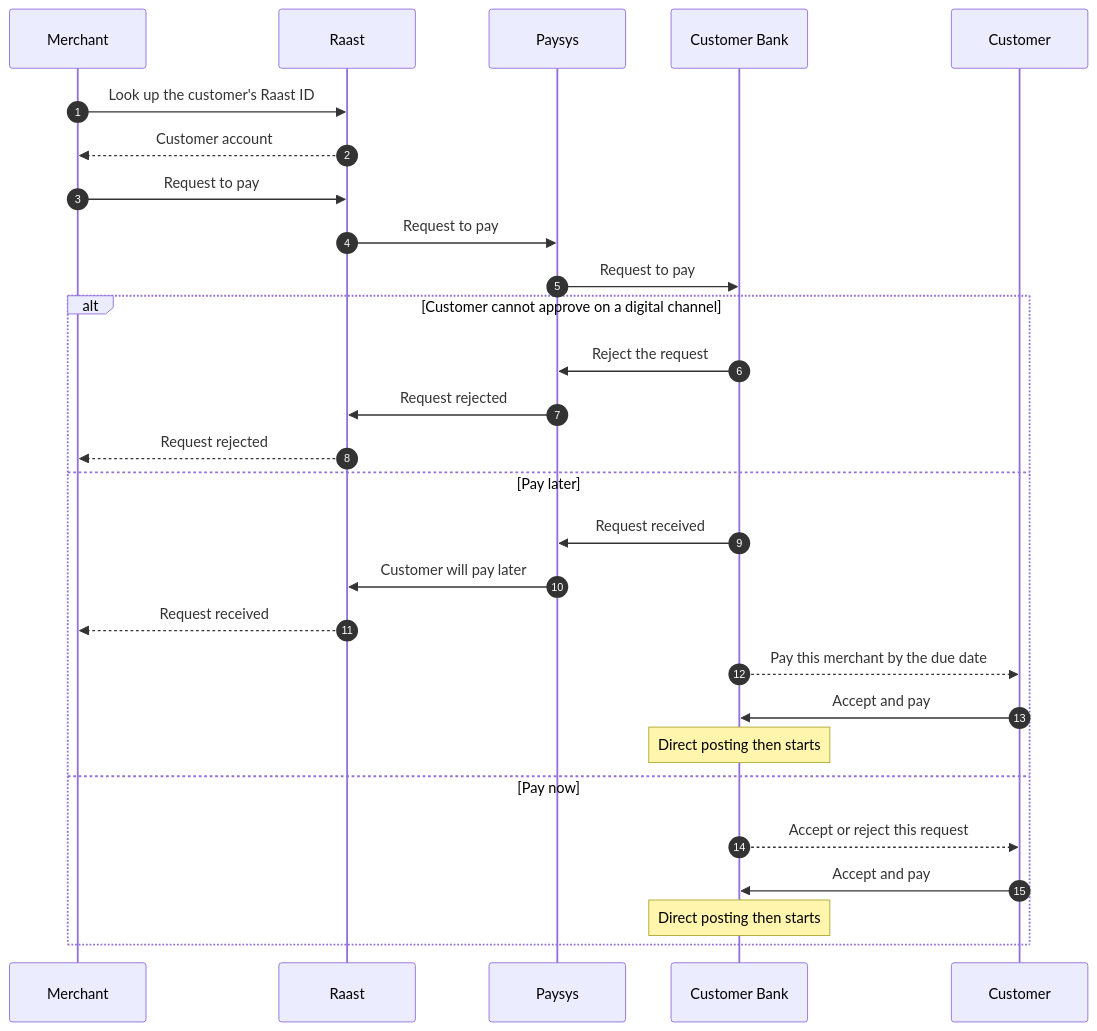
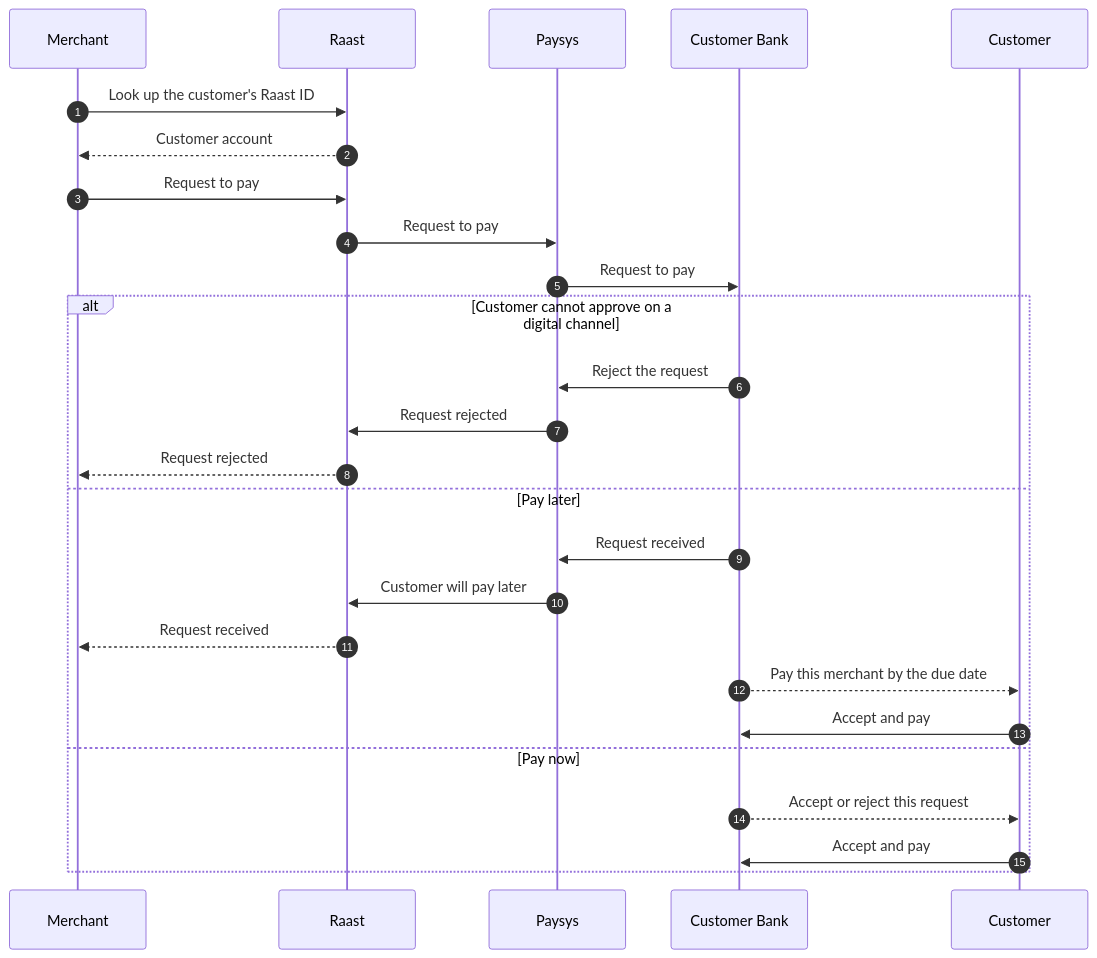
The sixth of 11 diagrams in modules/03-p2m-issuing/03_Raast_P2M_Issuing_Overview.md (HuzaifaTanzeel/raast-training-public), drawn with Mermaid before and after one commit. The commit also changed other lines of this file and 5 other files, not shown here.

````diff
--- a/modules/03-p2m-issuing/03_Raast_P2M_Issuing_Overview.md
+++ b/modules/03-p2m-issuing/03_Raast_P2M_Issuing_Overview.md
@@ -157,32 +206,30 @@
 ```mermaid
 sequenceDiagram
     autonumber
     participant M as Merchant
     participant R as Raast
     participant P as Paysys
     participant B as Customer Bank
     participant C as Customer
 
     M->>R: Look up the customer's Raast ID
     R-->>M: Customer account
     M->>R: Request to pay
     R->>P: Request to pay
     P->>B: Request to pay
 
     alt Customer cannot approve on a digital channel
         B->>P: Reject the request
         P->>R: Request rejected
         R-->>M: Request rejected
     else Pay later
         B->>P: Request received
         P->>R: Customer will pay later
         R-->>M: Request received
         B-->>C: Pay this merchant by the due date
         C->>B: Accept and pay
-        Note over B: Direct posting then starts
     else Pay now
         B-->>C: Accept or reject this request
         C->>B: Accept and pay
-        Note over B: Direct posting then starts
     end
 ```
````
